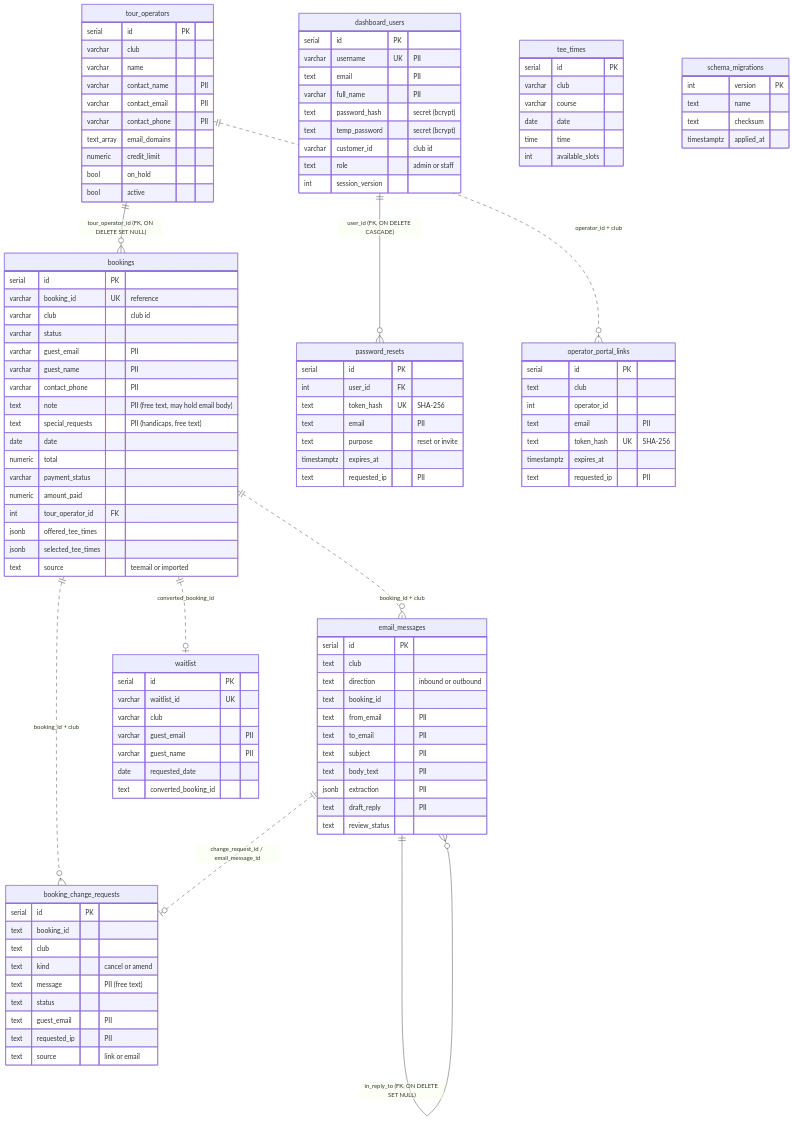
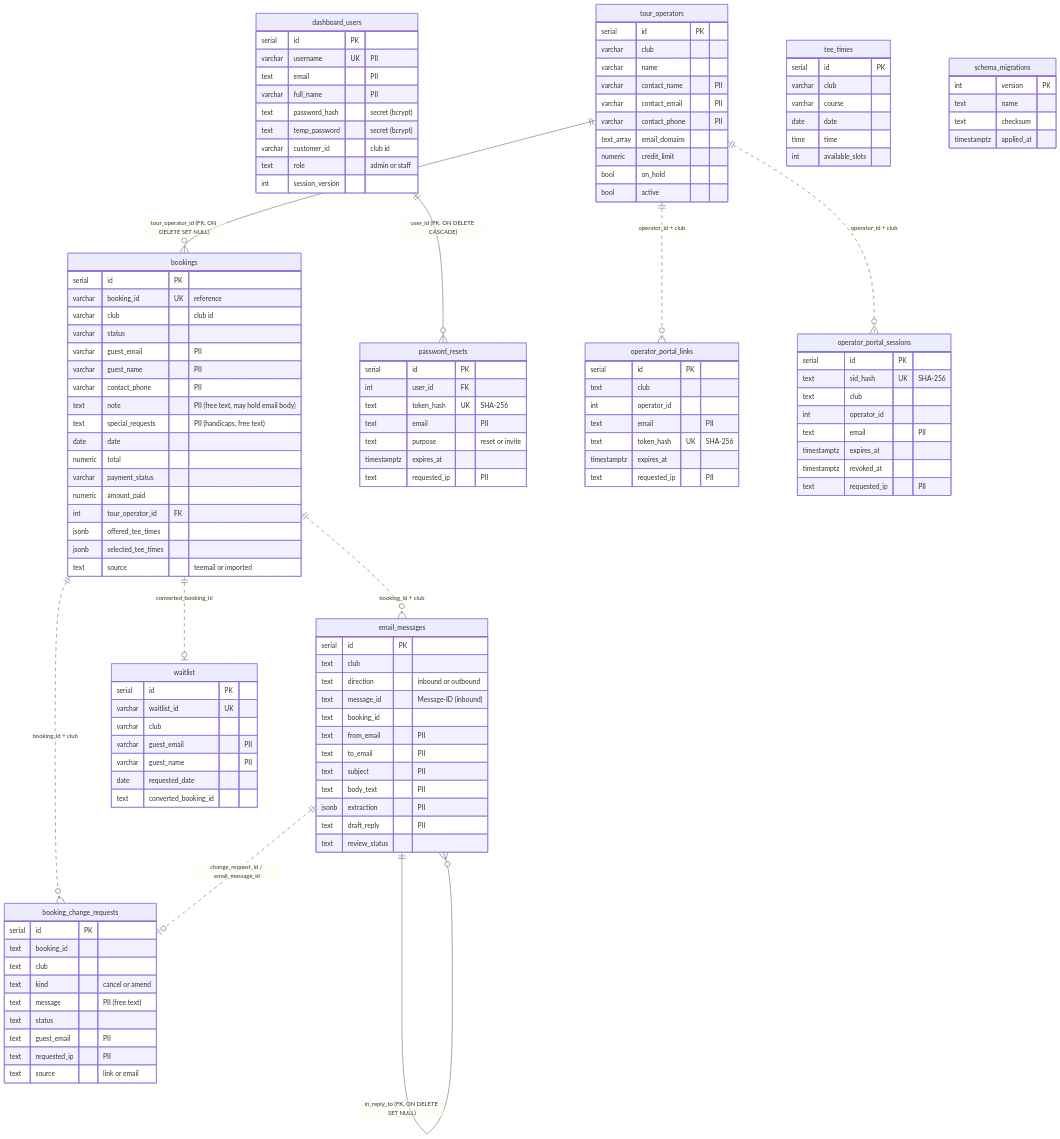
The diagram in docs/DATA_MODEL.md (jimbobirecode/Demo_Dashboard), drawn with Mermaid before and after one commit. The commit also changed other lines of this file and 12 other files, not shown here.

```diff
--- a/docs/DATA_MODEL.md
+++ b/docs/DATA_MODEL.md
@@ -17,6 +17,7 @@
     bookings ||..o{ email_messages : "booking_id + club"
     bookings ||..o| waitlist : "converted_booking_id"
     tour_operators ||..o{ operator_portal_links : "operator_id + club"
+    tour_operators ||..o{ operator_portal_sessions : "operator_id + club"
     email_messages ||..o| booking_change_requests : "change_request_id / email_message_id"
 
     bookings {
@@ -96,6 +97,16 @@
         timestamptz expires_at
         text requested_ip "PII"
     }
+    operator_portal_sessions {
+        serial id PK
+        text sid_hash UK "SHA-256"
+        text club
+        int operator_id
+        text email "PII"
+        timestamptz expires_at
+        timestamptz revoked_at
+        text requested_ip "PII"
+    }
     booking_change_requests {
         serial id PK
         text booking_id
@@ -111,6 +122,7 @@
         serial id PK
         text club
         text direction "inbound or outbound"
+        text message_id "Message-ID (inbound)"
         text booking_id
         text from_email "PII"
         text to_email "PII"
```
